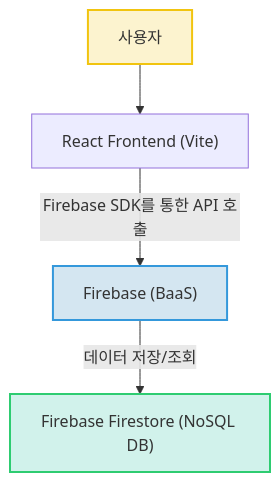
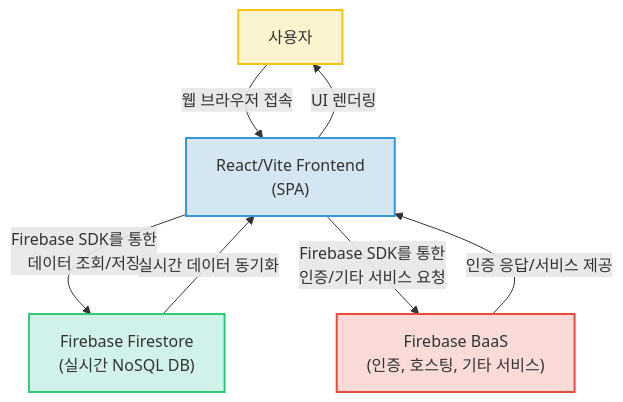
One commit to yeverycode/liar-game changed the diagram in README.md. Above: the diagram before and after it, drawn with Mermaid. The commit also changed other lines of this file, not shown here.

````diff
--- a/README.md
+++ b/README.md
@@ -87,11 +87,24 @@
 ```mermaid
 graph TD
     classDef backend fill:#D4E6F1,stroke:#3498DB,stroke-width:2px;
     classDef external fill:#FADBD8,stroke:#E74C3C,stroke-width:2px;
     classDef storage fill:#D1F2EB,stroke:#2ECC71,stroke-width:2px;
     classDef user fill:#FCF3CF,stroke:#F1C40F,stroke-width:2px;
 
-    User["사용자"]:::user --> FE["React Frontend (Vite)"]
-    FE -- "Firebase SDK를 통한 API 호출" --> FB_BaaS["Firebase (BaaS)"]:::backend
-    FB_BaaS -- "데이터 저장/조회" --> Firestore_DB["Firebase Firestore (NoSQL DB)"]:::storage
+    User[사용자]:::user
+    Frontend["React/Vite Frontend
+(SPA)"]:::backend
+    FirestoreDB["Firebase Firestore
+(실시간 NoSQL DB)"]:::storage
+    FirebaseBaaS["Firebase BaaS
+(인증, 호스팅, 기타 서비스)"]:::external
+
+    User -- "웹 브라우저 접속" --> Frontend
+    Frontend -- "UI 렌더링" --> User
+    Frontend -- "Firebase SDK를 통한
+데이터 조회/저장" --> FirestoreDB
+    FirestoreDB -- "실시간 데이터 동기화" --> Frontend
+    Frontend -- "Firebase SDK를 통한
+인증/기타 서비스 요청" --> FirebaseBaaS
+    FirebaseBaaS -- "인증 응답/서비스 제공" --> Frontend
 ```
````
